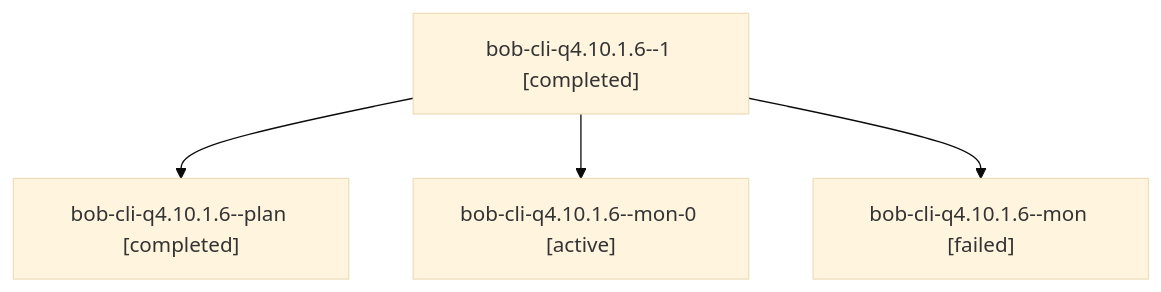
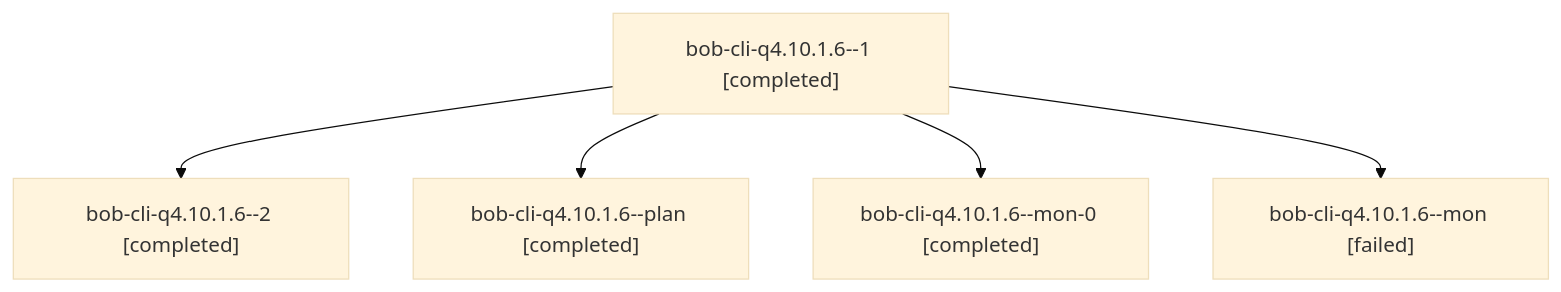
The diagram in sessions/bbugyi200.athena.bob-cli-q4.10.1.6.md (bobs-org/bob-cli--agents), drawn with Mermaid (base theme) before and after one commit. The commit also changed other lines of this file and 167 other files, not shown here.

````diff
--- a/sessions/bbugyi200.athena.bob-cli-q4.10.1.6.md
+++ b/sessions/bbugyi200.athena.bob-cli-q4.10.1.6.md
@@ -9,10 +9,12 @@
 ```mermaid
 flowchart TD
   n0["bob-cli-q4.10.1.6--1 [completed]"]
-  n1["bob-cli-q4.10.1.6--plan [completed]"]
+  n1["bob-cli-q4.10.1.6--2 [completed]"]
   n0 --> n1
-  n2["bob-cli-q4.10.1.6--mon-0 [active]"]
+  n2["bob-cli-q4.10.1.6--plan [completed]"]
   n0 --> n2
-  n3["bob-cli-q4.10.1.6--mon [failed]"]
+  n3["bob-cli-q4.10.1.6--mon-0 [completed]"]
   n0 --> n3
+  n4["bob-cli-q4.10.1.6--mon [failed]"]
+  n0 --> n4
 ```
````
